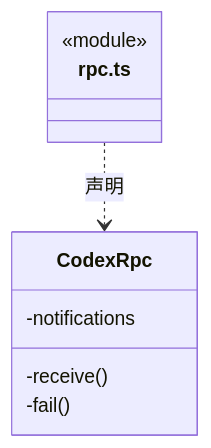
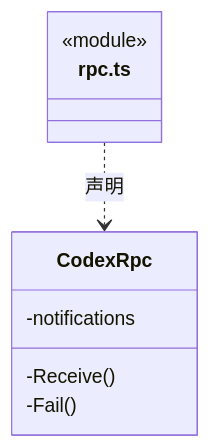
Before and after one commit to nan023062/cbim: the eighth of 13 diagrams in src/logic/execution/engines/codex/ARCHITECTURE.md, drawn with Mermaid. The commit also changed other lines of this file and 1035 other files, not shown here.

````diff
--- a/src/logic/execution/engines/codex/ARCHITECTURE.md
+++ b/src/logic/execution/engines/codex/ARCHITECTURE.md
@@ -177,12 +177,12 @@
 ```mermaid
 classDiagram
 class N_src_logic_execution_engines_codex_rpc_ts["rpc.ts"] {
   <<module>>
 }
 class N_src_logic_execution_engines_codex_rpc_ts_CodexRpc["CodexRpc"] {
   -notifications
-  -receive()
-  -fail()
+  -Receive()
+  -Fail()
 }
 N_src_logic_execution_engines_codex_rpc_ts ..> N_src_logic_execution_engines_codex_rpc_ts_CodexRpc : 声明
 ```
````
